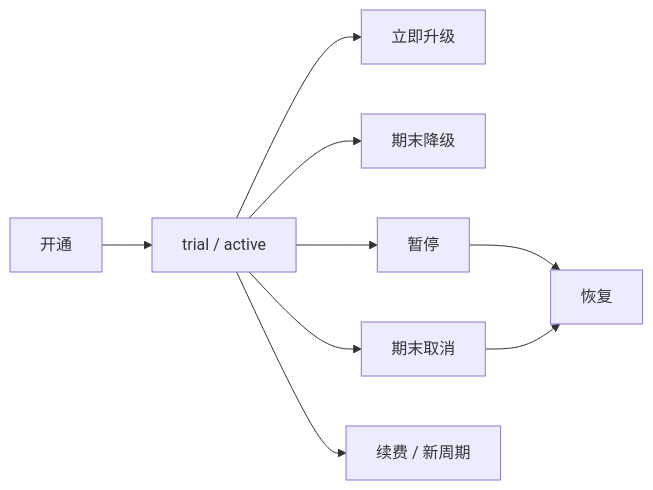
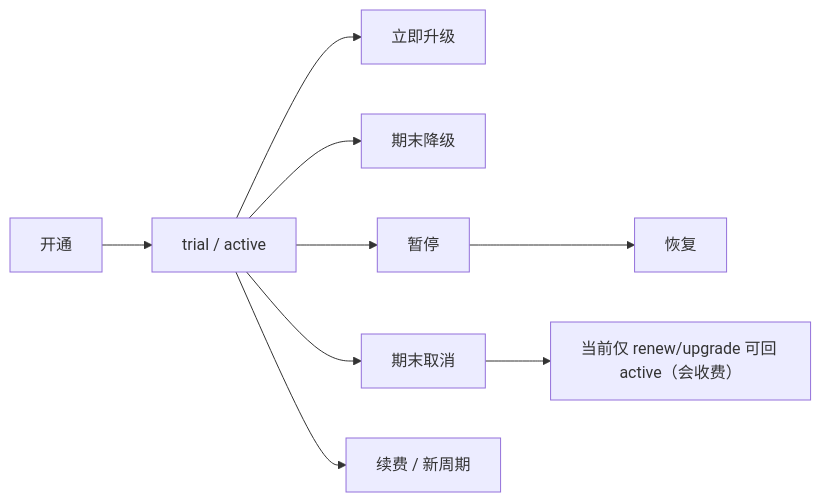
The diagram in docs/design/modules/03-subscriptions.md (glide-the/dream-im-platform), drawn with Mermaid before and after one commit. The commit also changed other lines of this file and 22 other files, not shown here.

````diff
--- a/docs/design/modules/03-subscriptions.md
+++ b/docs/design/modules/03-subscriptions.md
@@ -33,9 +35,9 @@
 ```mermaid
 flowchart LR
   Open["开通"] --> Active["trial / active"]
   Active --> Upgrade["立即升级"]
   Active --> Downgrade["期末降级"]
   Active --> Pause["暂停"] --> Resume["恢复"]
-  Active --> Cancel["期末取消"] --> Resume
+  Active --> Cancel["期末取消"] --> PaidReturn["当前仅 renew/upgrade 可回 active（会收费）"]
   Active --> Renew["续费 / 新周期"]
 ```
````
